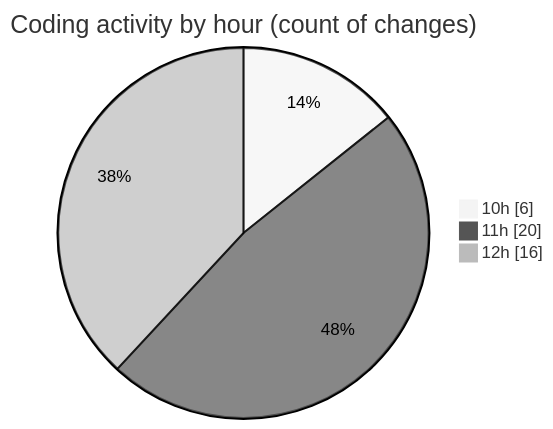
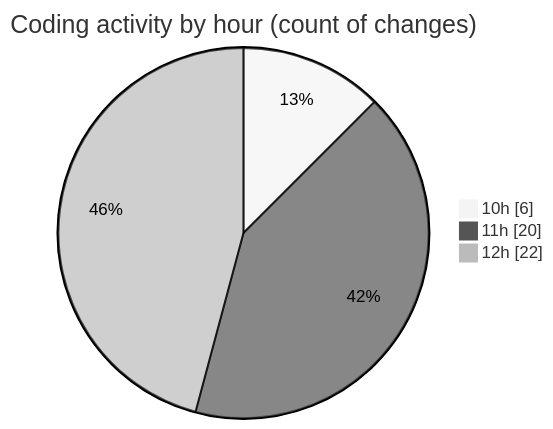
One commit to nxtqubesakshisongat/code-tracking changed the second of 2 diagrams in 2025-05-05/nxtqube_webapp/README.md. Above: the diagram before and after it, drawn with Mermaid (neutral theme). The commit also changed other lines of this file and 1 other file, not shown here.

````diff
--- a/2025-05-05/nxtqube_webapp/README.md
+++ b/2025-05-05/nxtqube_webapp/README.md
@@ -28,7 +28,7 @@
 ```mermaid
 pie showData
 title Coding activity by hour (count of changes)
 "10h" : 6
 "11h" : 20
-"12h" : 16
+"12h" : 22
 ```
````
